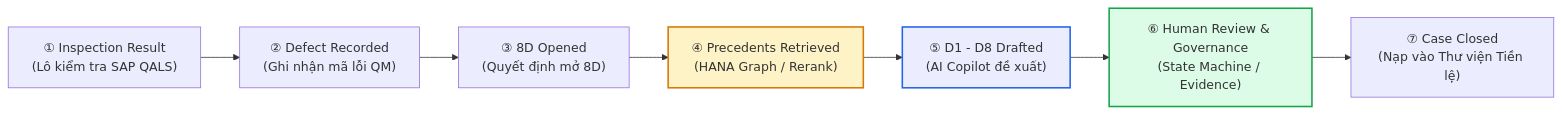
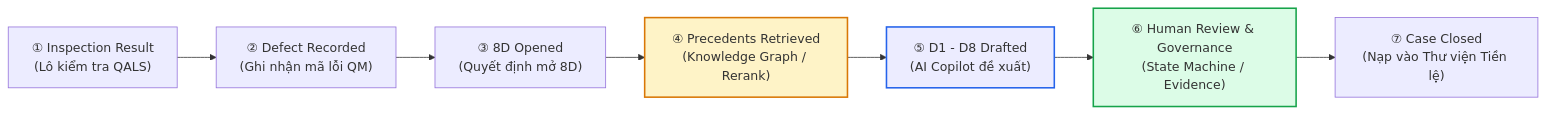
One commit to DungTruong1610/8D_problem_solving changed the first of 3 diagrams in docs/TAI_LIEU_NGHIEP_VU_VA_HA_TANG_AI_8D.md. Above: the diagram before and after it, drawn with Mermaid. The commit also changed other lines of this file and 24 other files, not shown here.

````diff
--- a/docs/TAI_LIEU_NGHIEP_VU_VA_HA_TANG_AI_8D.md
+++ b/docs/TAI_LIEU_NGHIEP_VU_VA_HA_TANG_AI_8D.md
@@ -36,13 +36,13 @@
 ```mermaid
 flowchart LR
-    A["① Inspection Result<br/>(Lô kiểm tra SAP QALS)"] --> B["② Defect Recorded<br/>(Ghi nhận mã lỗi QM)"]
+    A["① Inspection Result<br/>(Lô kiểm tra QALS)"] --> B["② Defect Recorded<br/>(Ghi nhận mã lỗi QM)"]
     B --> C["③ 8D Opened<br/>(Quyết định mở 8D)"]
-    C --> D["④ Precedents Retrieved<br/>(HANA Graph / Rerank)"]
+    C --> D["④ Precedents Retrieved<br/>(Knowledge Graph / Rerank)"]
     D --> E["⑤ D1 - D8 Drafted<br/>(AI Copilot đề xuất)"]
     E --> F["⑥ Human Review & Governance<br/>(State Machine / Evidence)"]
     F --> G["⑦ Case Closed<br/>(Nạp vào Thư viện Tiền lệ)"]
 
     style D fill:#fef3c7,stroke:#d97706,stroke-width:2px;
     style E fill:#dbepe9,stroke:#2563eb,stroke-width:2px;
     style F fill:#dcfce7,stroke:#16a34a,stroke-width:2px;
 ```
````
